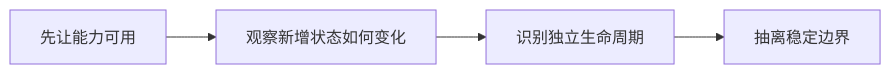
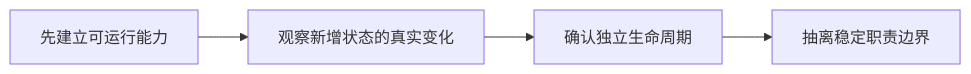
Diagram 15 of 20 in course/DAY01_EVOLUTION_PROBLEM_MAP.md (wjy801/llm_api_case), drawn with Mermaid before and after one commit. The commit also changed other lines of this file, not shown here.

````diff
--- a/course/DAY01_EVOLUTION_PROBLEM_MAP.md
+++ b/course/DAY01_EVOLUTION_PROBLEM_MAP.md
@@ -449,6 +388,6 @@
 ```mermaid
 flowchart LR
-    A[先让能力可用] --> B[观察新增状态如何变化]
-    B --> C[识别独立生命周期]
-    C --> D[抽离稳定边界]
+    A["先建立可运行能力"] --> B["观察新增状态的真实变化"]
+    B --> C["确认独立生命周期"]
+    C --> D["抽离稳定职责边界"]
 ```
````
